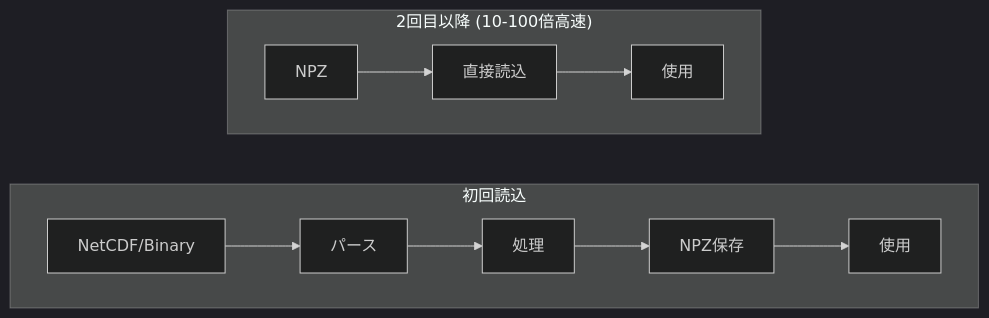
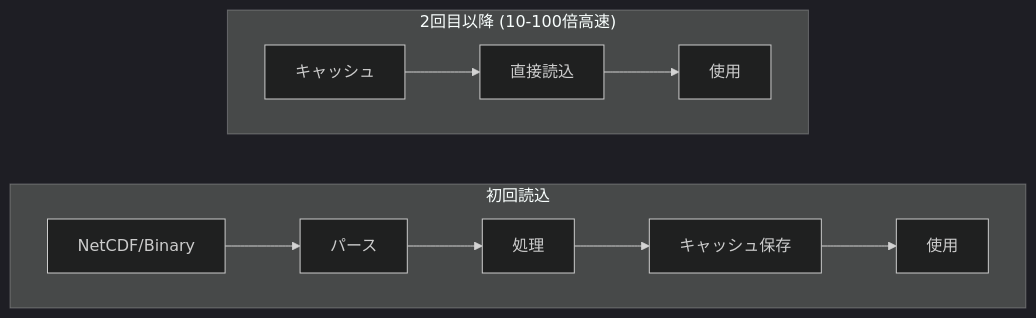
One commit to tkykszk/pyTMD_turbo changed the sixth of 8 diagrams in docs/optimization.md. Above: the diagram before and after it, drawn with Mermaid (dark theme). The commit also changed other lines of this file and 47 other files, not shown here.

````diff
--- a/docs/optimization.md
+++ b/docs/optimization.md
@@ -448,12 +472,12 @@
 ```mermaid
 flowchart LR
     subgraph First["初回読込"]
         direction LR
-        F1[NetCDF/Binary] --> F2[パース] --> F3[処理] --> F4[NPZ保存] --> F5[使用]
+        F1[NetCDF/Binary] --> F2[パース] --> F3[処理] --> F4[キャッシュ保存] --> F5[使用]
     end
 
     subgraph Subsequent["2回目以降 (10-100倍高速)"]
         direction LR
-        S1[NPZ] --> S2[直接読込] --> S3[使用]
+        S1[キャッシュ] --> S2[直接読込] --> S3[使用]
     end
 ```
````
